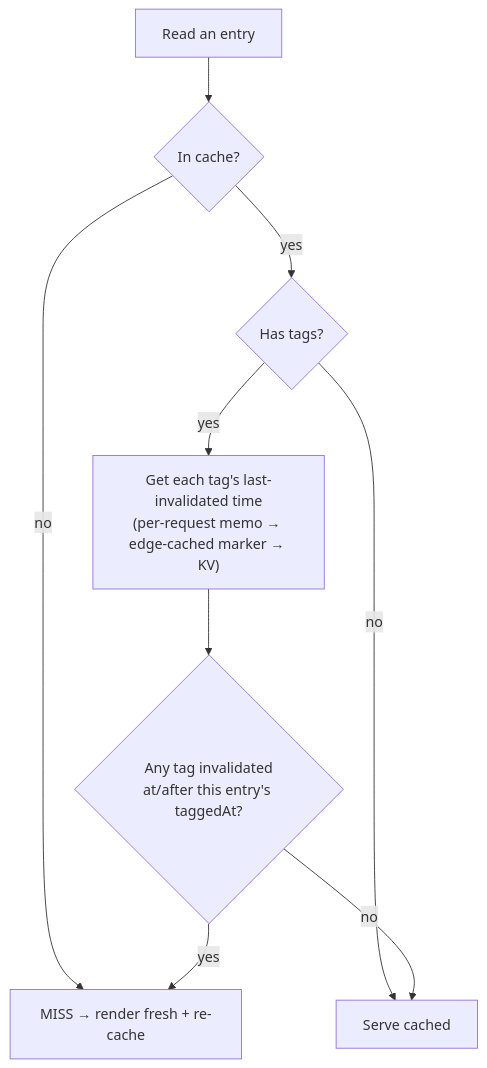
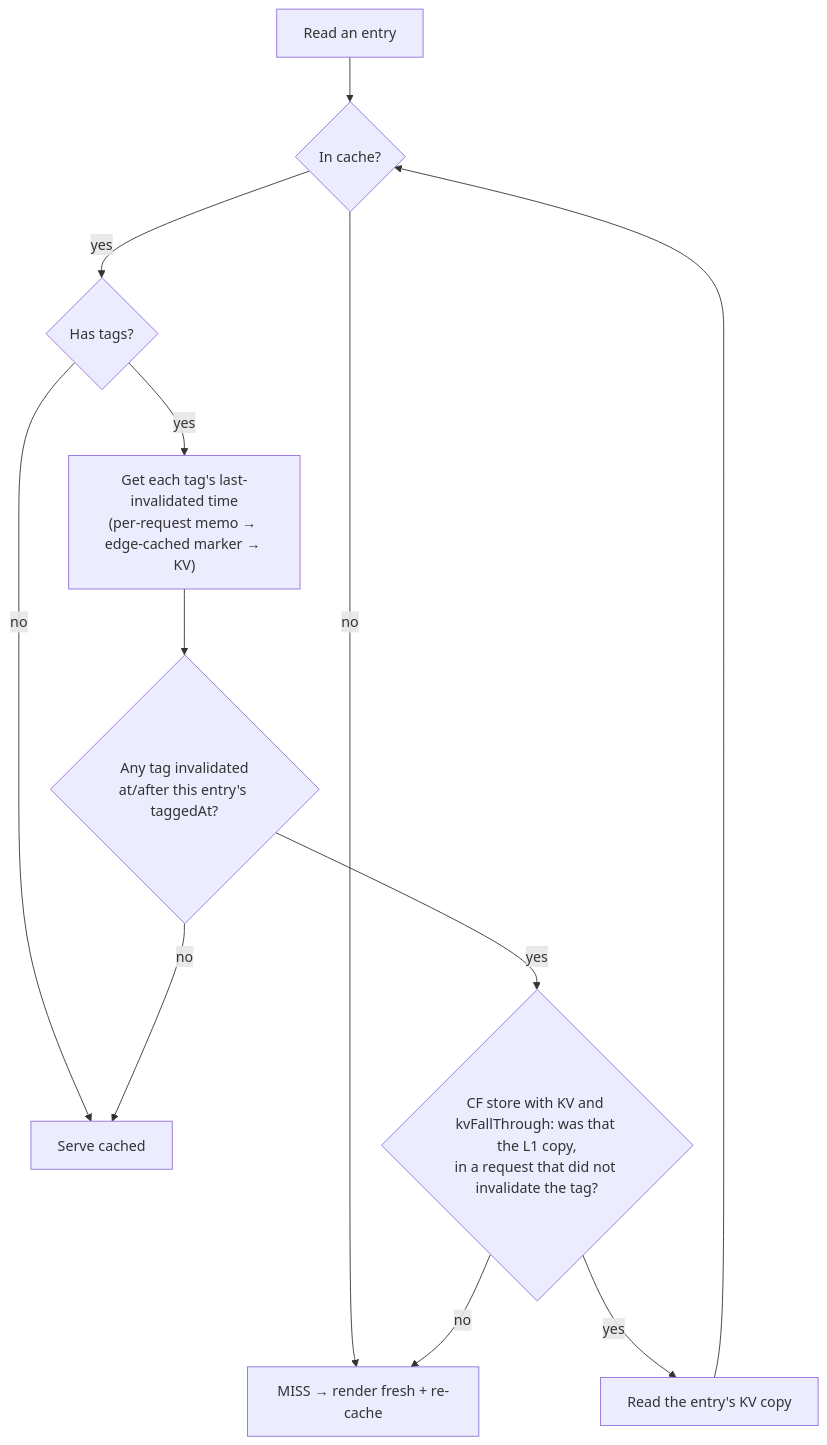
Before and after one commit to rangojs/rango: the fourth of 5 diagrams in docs/design/cache-tags-flow.md, drawn with Mermaid. The commit also changed other lines of this file and 16 other files, not shown here.

First line of the commit message:
feat(router): kvFallThrough lets a Cloudflare location serve the entry another location rebuilt after updateTag() (#1099)

````diff
--- a/docs/design/cache-tags-flow.md
+++ b/docs/design/cache-tags-flow.md
@@ -201,11 +201,13 @@
 ```mermaid
 flowchart TD
   A["Read an entry"] --> B{In cache?}
   B -- no --> MISS["MISS → render fresh + re-cache"]
   B -- yes --> C{Has tags?}
   C -- no --> SERVE["Serve cached"]
   C -- yes --> D["Get each tag's last-invalidated time<br/>(per-request memo → edge-cached marker → KV)"]
   D --> E{"Any tag invalidated<br/>at/after this entry's taggedAt?"}
-  E -- yes --> MISS
+  E -- yes --> F{"CF store with KV and kvFallThrough: was that the L1 copy,<br/>in a request that did not invalidate the tag?"}
+  F -- yes --> G["Read the entry's KV copy"] --> B
+  F -- no --> MISS
   E -- no --> SERVE
 ```
````
